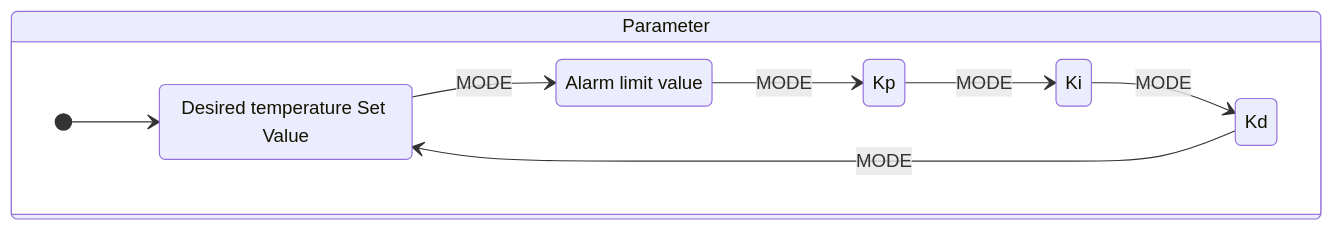
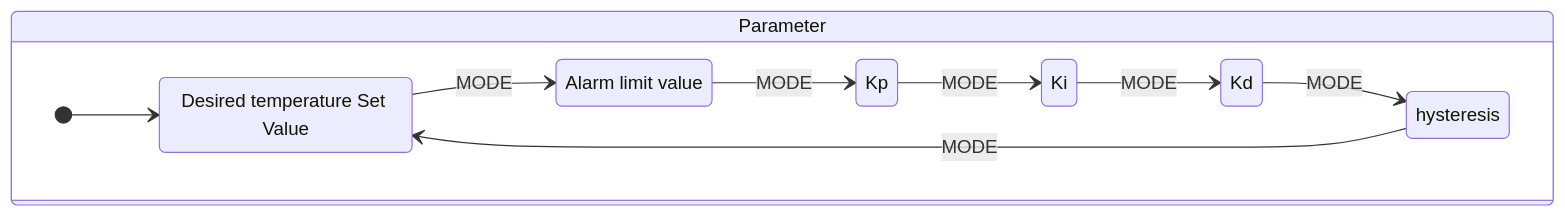
Before and after one commit to sondhg/embedded-control-fsm: the second of 3 diagrams in interface.md, drawn with Mermaid. The commit also changed other lines of this file and 6 other files, not shown here.

````diff
--- a/interface.md
+++ b/interface.md
@@ -33,14 +30,15 @@
 ```mermaid
 stateDiagram-v2
 state Parameter {
     direction LR
     sv: Desired temperature Set Value
     av: Alarm limit value
     [*] --> sv
     sv --> av: MODE
     av --> Kp: MODE
     Kp --> Ki: MODE
     Ki --> Kd: MODE
-    Kd --> sv: MODE
+    Kd --> hysteresis: MODE
+    hysteresis --> sv: MODE
 }
 ```
````
